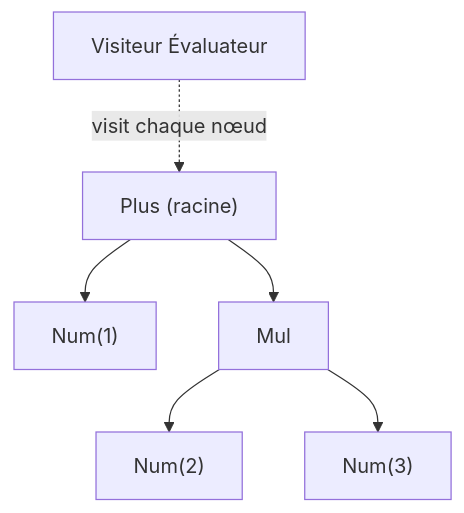
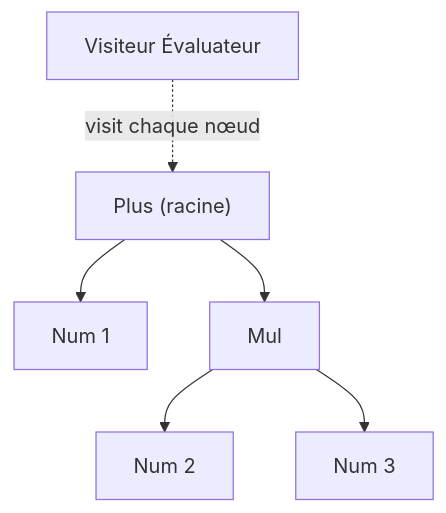
The fourth of 5 diagrams in chapitres/02-le-front-end-de-la-source-a-larbre.md (tanguychenier/fonctionnement-compilateur), drawn with Mermaid before and after one commit. The commit also changed 1 other file, not shown here.

Commit message:
fix: repair Mermaid diagrams (drop function-call parens and asterisks from labels)

````diff
--- a/chapitres/02-le-front-end-de-la-source-a-larbre.md
+++ b/chapitres/02-le-front-end-de-la-source-a-larbre.md
@@ -332,8 +332,8 @@
 ```mermaid
 graph TD
-    R["Plus (racine)"] --> A["Num(1)"]
+    R["Plus (racine)"] --> A["Num 1"]
     R --> M["Mul"]
-    M --> B["Num(2)"]
-    M --> C["Num(3)"]
+    M --> B["Num 2"]
+    M --> C["Num 3"]
     V["Visiteur Évaluateur"] -.->|"visit chaque nœud"| R
 ```
````
